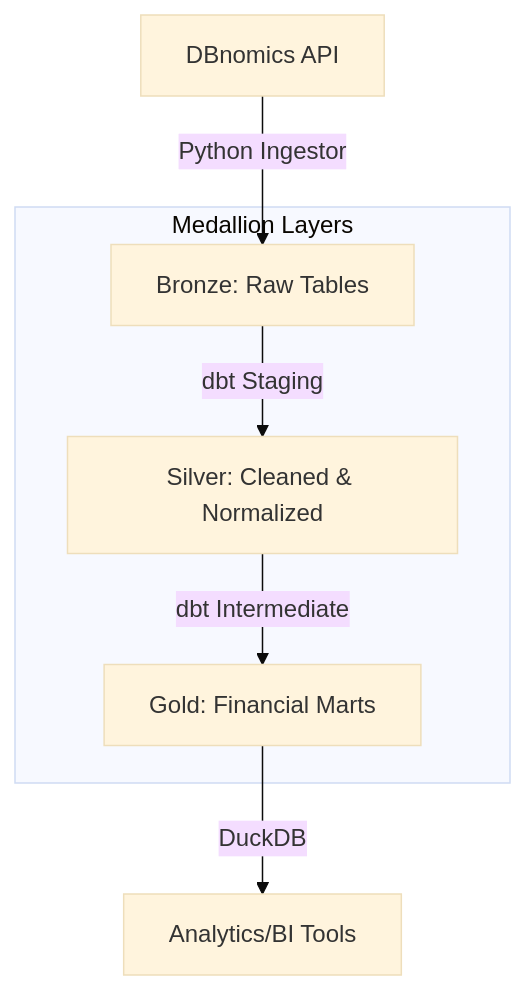
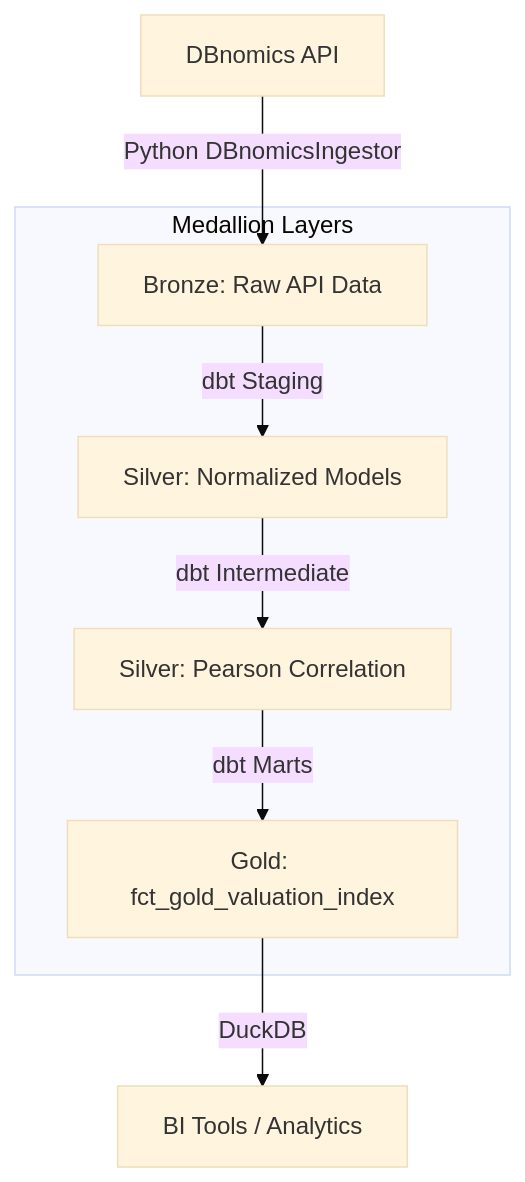
Before and after one commit to flo-kaiser/data_engineering_project: the diagram in README.md, drawn with Mermaid (base theme). The commit also changed other lines of this file and 3 other files, not shown here.

Commit message:
Implement Enterprise Gold Intelligence Framework (API-driven, Medallion Architecture)

````diff
--- a/README.md
+++ b/README.md
@@ -8,13 +17,15 @@
 ```mermaid
 graph TD
-    API[DBnomics API] -->|Python Ingestor| Bronze[Bronze: Raw Tables]
-    Bronze -->|dbt Staging| Silver[Silver: Cleaned & Normalized]
-    Silver -->|dbt Intermediate| Gold[Gold: Financial Marts]
-    Gold -->|DuckDB| BI[Analytics/BI Tools]
+    API[DBnomics API] -->|Python DBnomicsIngestor| Bronze[Bronze: Raw API Data]
+    Bronze -->|dbt Staging| Silver_Staging[Silver: Normalized Models]
+    Silver_Staging -->|dbt Intermediate| Silver_Analytic[Silver: Pearson Correlation]
+    Silver_Analytic -->|dbt Marts| Gold[Gold: fct_gold_valuation_index]
+    Gold -->|DuckDB| BI[BI Tools / Analytics]
     
     subgraph "Medallion Layers"
     Bronze
-    Silver
+    Silver_Staging
+    Silver_Analytic
     Gold
     end
 ```
````
